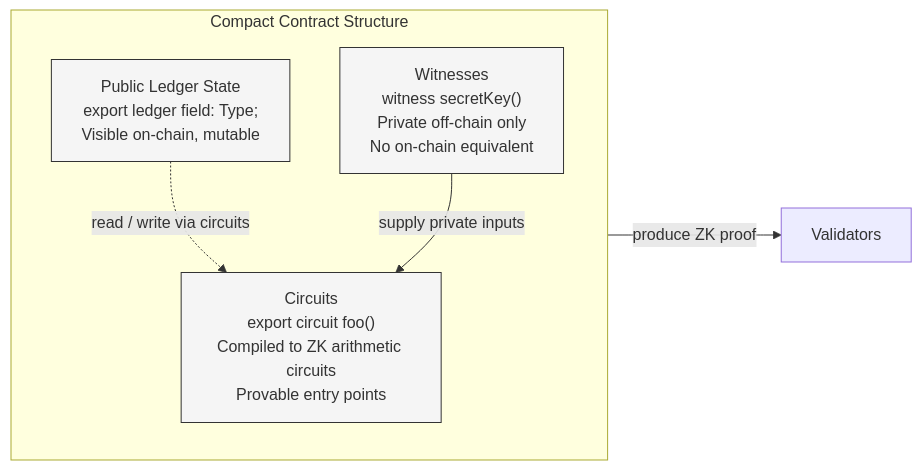
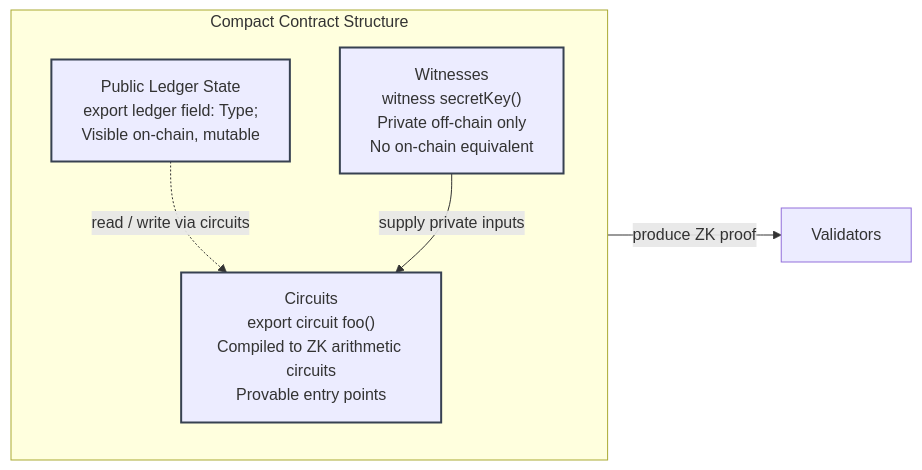
One commit to mbs-midnight/technical-guides changed the first of 4 diagrams in README.md. Above: the diagram before and after it, drawn with Mermaid. The commit also changed other lines of this file, not shown here.

````diff
--- a/README.md
+++ b/README.md
@@ -42,16 +42,16 @@
 ```mermaid
 flowchart LR
     subgraph Contract["Compact Contract Structure"]
         direction TB
-        L["Public Ledger State<br/>export ledger field: Type;<br/>Visible on-chain, mutable"]
-        C["Circuits<br/>export circuit foo()<br/>Compiled to ZK arithmetic circuits<br/>Provable entry points"]
-        W["Witnesses<br/>witness secretKey()<br/>Private off-chain only<br/>No on-chain equivalent"]
+        L["Public Ledger State<br>export ledger field: Type;<br>Visible on-chain, mutable"]
+        C["Circuits<br>export circuit foo()<br>Compiled to ZK arithmetic circuits<br>Provable entry points"]
+        W["Witnesses<br>witness secretKey()<br>Private off-chain only<br>No on-chain equivalent"]
     end
 
     L -.->|read / write via circuits| C
     W -->|supply private inputs| C
     C -->|produce ZK proof| Validators
 
-    classDef box fill:#f5f5f5,stroke:#333
+    classDef box stroke:#374151,stroke-width:2px
     class L,C,W box
 ```
````
